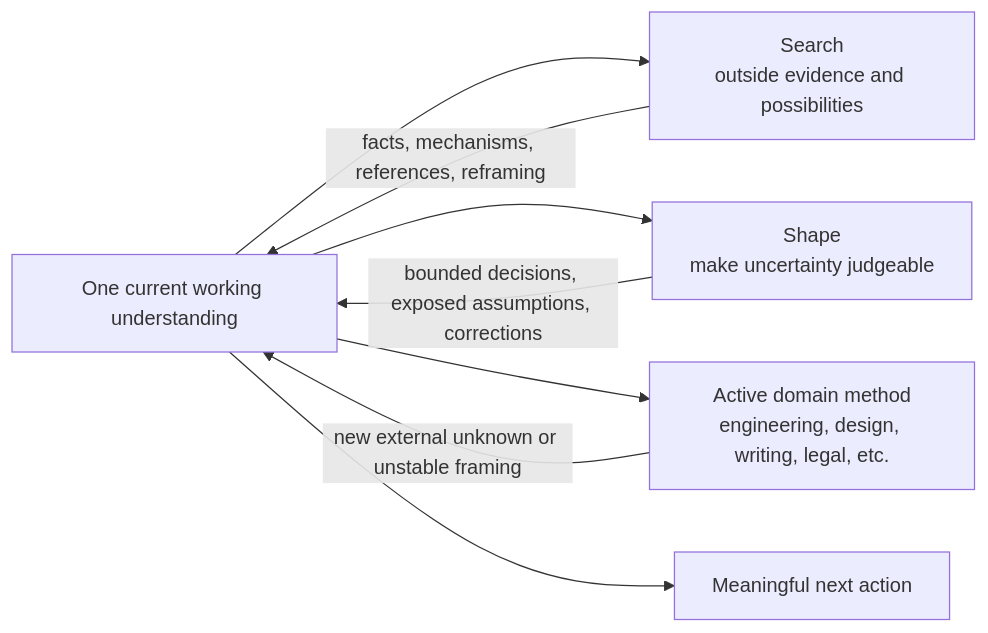
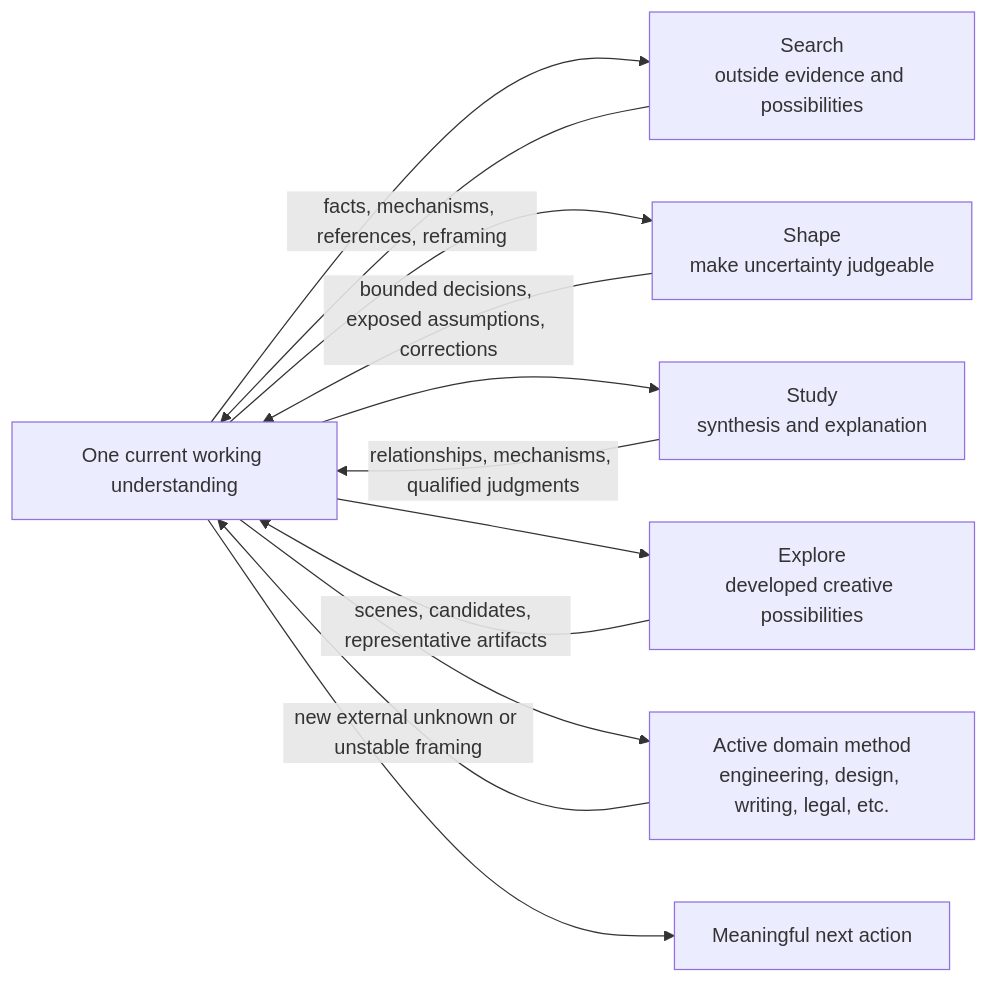
Before and after one commit to IndelibleVivi/soundings: the diagram in plugins/soundings/docs/design.md, drawn with Mermaid. The commit also changed other lines of this file and 27 other files, not shown here.

````diff
--- a/plugins/soundings/docs/design.md
+++ b/plugins/soundings/docs/design.md
@@ -14,16 +16,22 @@
 ```mermaid
 flowchart LR
     W[One current working understanding]
     S[Search<br/>outside evidence and possibilities]
+    T[Study<br/>synthesis and explanation]
+    X[Explore<br/>developed creative possibilities]
     H[Shape<br/>make uncertainty judgeable]
     D[Active domain method<br/>engineering, design, writing, legal, etc.]
     E[Meaningful next action]
 
     W --> S
     W --> H
+    W --> T
+    W --> X
     W --> D
     S -->|facts, mechanisms, references, reframing| W
     H -->|bounded decisions, exposed assumptions, corrections| W
+    T -->|relationships, mechanisms, qualified judgments| W
+    X -->|scenes, candidates, representative artifacts| W
     D -->|new external unknown or unstable framing| W
     W --> E
 ```
````
